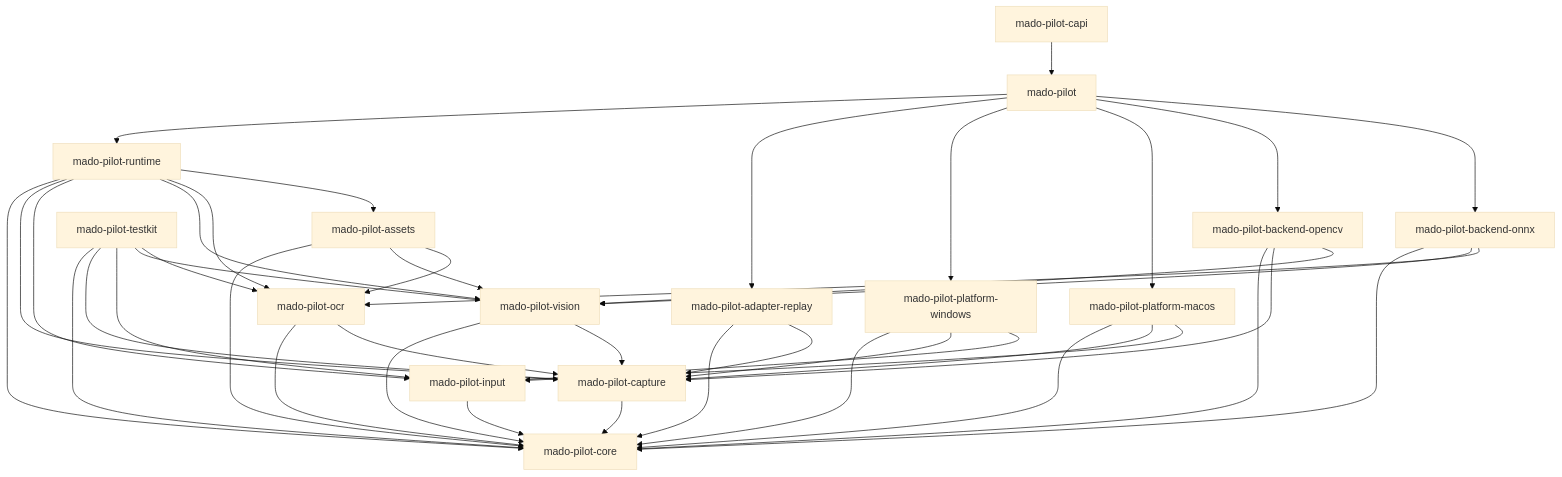
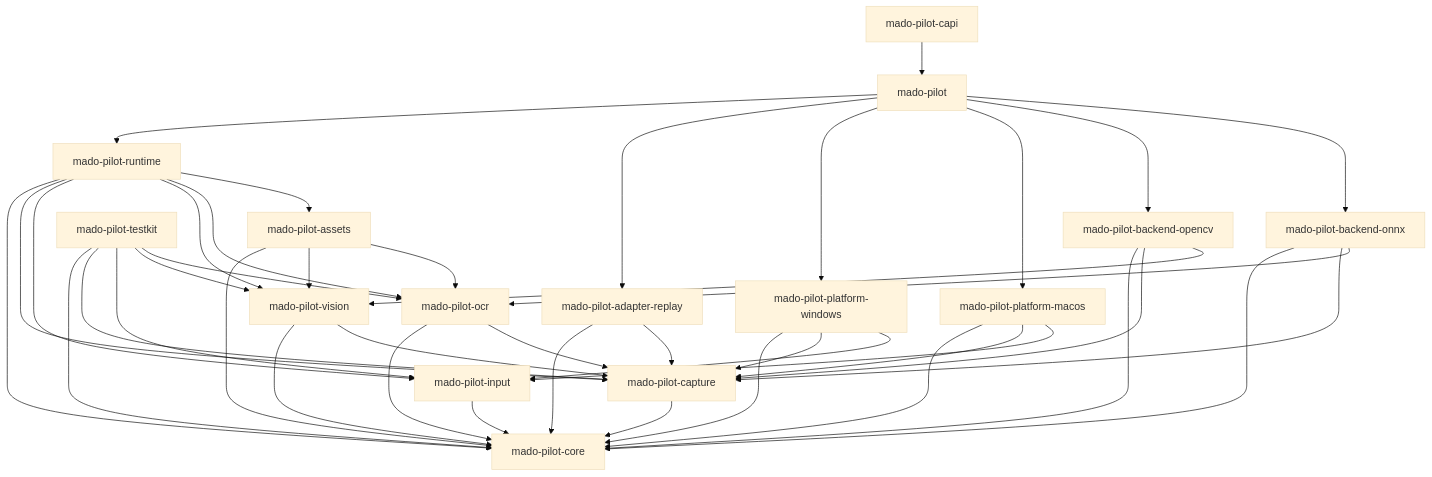
One commit to pashifika/mado-pilot changed the diagram in docs/architecture.md. Above: the diagram before and after it, drawn with Mermaid (base theme). The commit also changed other lines of this file and 17 other files, not shown here.

````diff
--- a/docs/architecture.md
+++ b/docs/architecture.md
@@ -309,63 +309,63 @@
 ```mermaid
 graph TD
     Core[mado-pilot-core]
     Capture[mado-pilot-capture]
     Input[mado-pilot-input]
     Vision[mado-pilot-vision]
     OCR[mado-pilot-ocr]
     Assets[mado-pilot-assets]
     Runtime[mado-pilot-runtime]
     Replay[mado-pilot-adapter-replay]
     Win[mado-pilot-platform-windows]
     Mac[mado-pilot-platform-macos]
     OpenCV[mado-pilot-backend-opencv]
     ONNX[mado-pilot-backend-onnx]
     Facade[mado-pilot]
     CAPI[mado-pilot-capi]
     Testkit[mado-pilot-testkit]
 
     Capture --> Core
     Input --> Core
     Vision --> Core
     Vision --> Capture
     OCR --> Core
     OCR --> Capture
     Assets --> Core
     Assets --> Vision
     Assets --> OCR
     Runtime --> Core
     Runtime --> Capture
     Runtime --> Input
     Runtime --> Vision
     Runtime --> OCR
     Runtime --> Assets
 
     Replay --> Core
     Replay --> Capture
     Win --> Core
     Win --> Capture
     Win --> Input
     Mac --> Core
     Mac --> Capture
     Mac --> Input
     OpenCV --> Core
     OpenCV --> Capture
     OpenCV --> Vision
     ONNX --> Core
-    ONNX --> Vision
+    ONNX --> Capture
     ONNX --> OCR
 
     Facade --> Runtime
     Facade --> Replay
     Facade --> Win
     Facade --> Mac
     Facade --> OpenCV
     Facade --> ONNX
     CAPI --> Facade
 
     Testkit --> Core
     Testkit --> Capture
     Testkit --> Input
     Testkit --> Vision
     Testkit --> OCR
 ```
````
